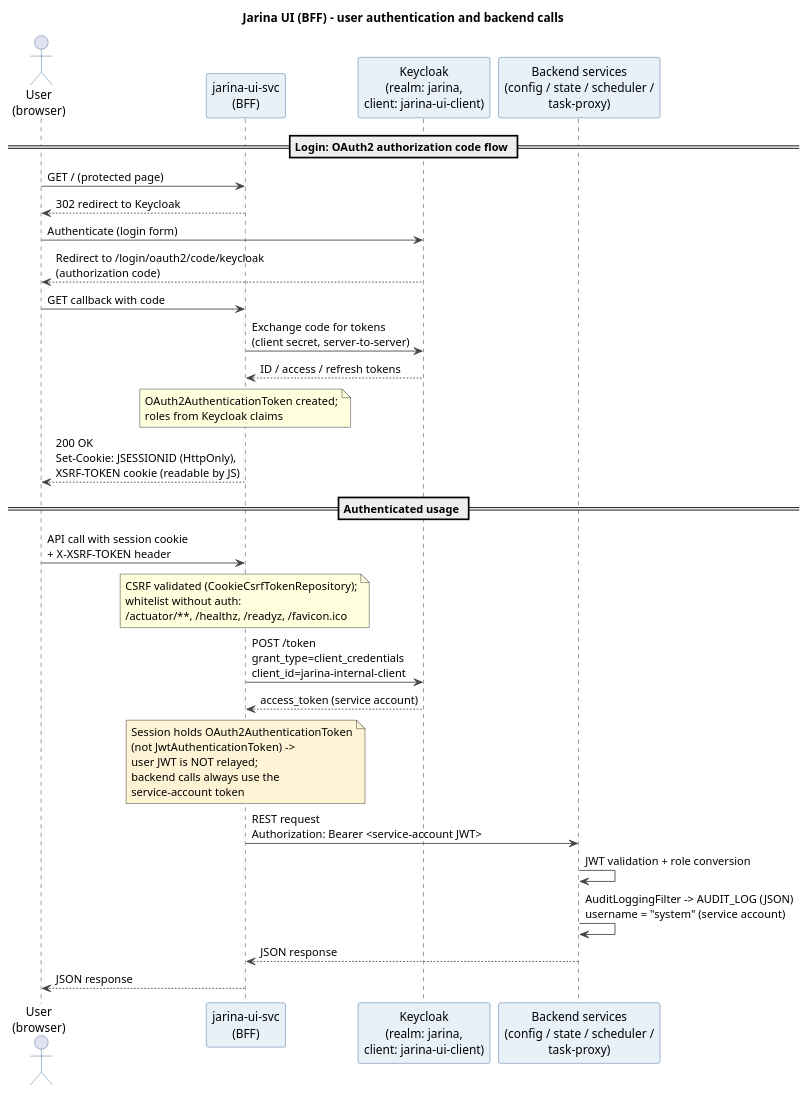
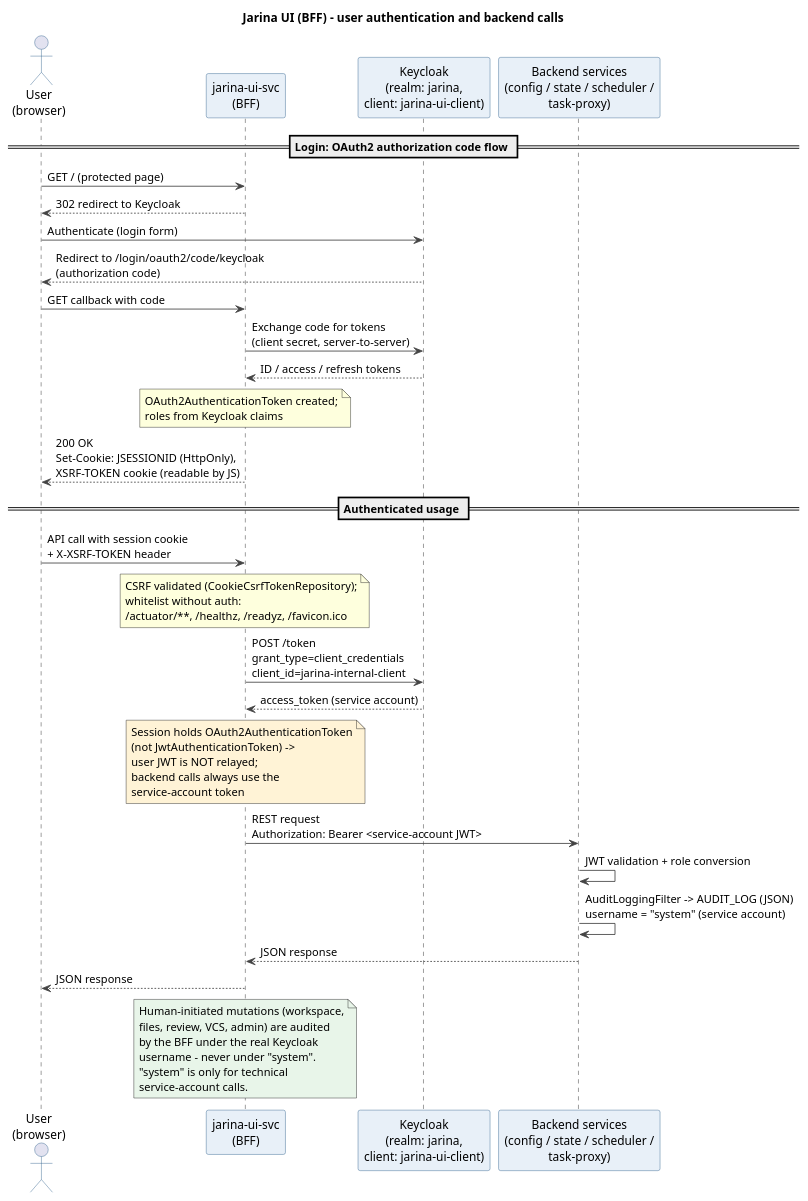
The diagram in doc/security/ui-security.puml (zaytsevdmitry/lakehouse), drawn with PlantUML before and after one commit. The commit also changed 140 other files, not shown here.

```diff
--- a/doc/security/ui-security.puml
+++ b/doc/security/ui-security.puml
@@ -1,51 +1,60 @@
 @startuml ui-security
 title Jarina UI (BFF) - user authentication and backend calls
 
 skinparam sequence {
     ArrowColor #444444
     ActorBorderColor #2C5D8A
     LifeCycleBorderColor #2C5D8A
     ParticipantBorderColor #2C5D8A
     ParticipantBackgroundColor #E8F0F8
 }
 
 actor "User\n(browser)" as U
 participant "jarina-ui-svc\n(BFF)" as BFF
 participant "Keycloak\n(realm: jarina,\nclient: jarina-ui-client)" as KC
 participant "Backend services\n(config / state / scheduler /\ntask-proxy)" as BE
 
 == Login: OAuth2 authorization code flow ==
 
 U -> BFF : GET / (protected page)
 BFF --> U : 302 redirect to Keycloak
 U -> KC : Authenticate (login form)
 KC --> U : Redirect to /login/oauth2/code/keycloak\n(authorization code)
 U -> BFF : GET callback with code
 BFF -> KC : Exchange code for tokens\n(client secret, server-to-server)
 KC --> BFF : ID / access / refresh tokens
 note over BFF : OAuth2AuthenticationToken created;\nroles from Keycloak claims
 BFF --> U : 200 OK\nSet-Cookie: JSESSIONID (HttpOnly),\nXSRF-TOKEN cookie (readable by JS)
 
 == Authenticated usage ==
 
 U -> BFF : API call with session cookie\n+ X-XSRF-TOKEN header
 note over BFF : CSRF validated (CookieCsrfTokenRepository);\nwhitelist without auth:\n/actuator/**, /healthz, /readyz, /favicon.ico
 
 BFF -> KC : POST /token\ngrant_type=client_credentials\nclient_id=jarina-internal-client
 KC --> BFF : access_token (service account)
 
 note over BFF #FFF3D6
     Session holds OAuth2AuthenticationToken
     (not JwtAuthenticationToken) ->
     user JWT is NOT relayed;
     backend calls always use the
     service-account token
 end note
 
 BFF -> BE : REST request\nAuthorization: Bearer <service-account JWT>
 BE -> BE : JWT validation + role conversion
 BE -> BE : AuditLoggingFilter -> AUDIT_LOG (JSON)\nusername = "system" (service account)
 BE --> BFF : JSON response
 BFF --> U : JSON response
 
+note over BFF #E8F5E9
+    Human-initiated mutations (workspace,
+    files, review, VCS, admin) are audited
+    by the BFF under the real Keycloak
+    username - never under "system".
+    "system" is only for technical
+    service-account calls.
+end note
+
 @enduml
```
